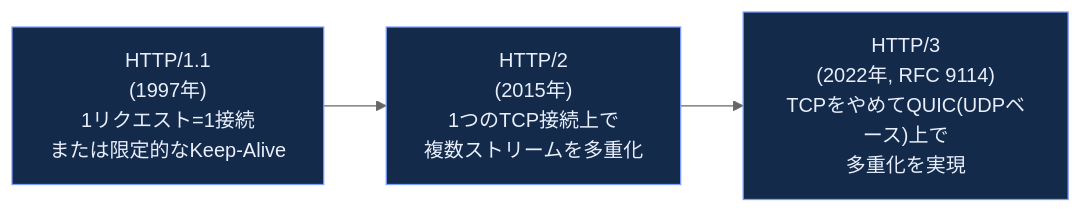
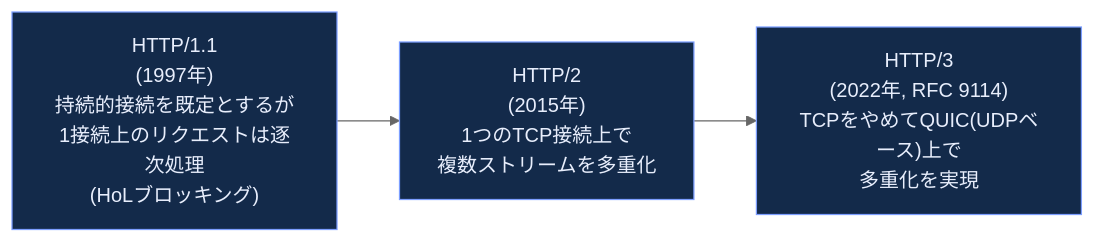
Before and after one commit to myoshi2891/Cloud-Infrastructure-Studies: the ninth of 41 diagrams in Computer-networking-topdown-guide.md, drawn with Mermaid (neutral theme). The commit also changed other lines of this file, not shown here.

````diff
--- a/Computer-networking-topdown-guide.md
+++ b/Computer-networking-topdown-guide.md
@@ -294,8 +294,8 @@
 ```mermaid
 flowchart LR
-    H1["HTTP/1.1<br/>(1997年)<br/>1リクエスト=1接続<br/>または限定的なKeep-Alive"] --> H2["HTTP/2<br/>(2015年)<br/>1つのTCP接続上で<br/>複数ストリームを多重化"]
+    H1["HTTP/1.1<br/>(1997年)<br/>持続的接続を既定とするが<br/>1接続上のリクエストは逐次処理<br/>(HoLブロッキング)"] --> H2["HTTP/2<br/>(2015年)<br/>1つのTCP接続上で<br/>複数ストリームを多重化"]
     H2 --> H3["HTTP/3<br/>(2022年, RFC 9114)<br/>TCPをやめてQUIC(UDPベース)上で<br/>多重化を実現"]
 
     classDef httpFill fill:#132a4a,stroke:#7c9eff,color:#e8eefc
     class H1,H2,H3 httpFill
 ```
````
